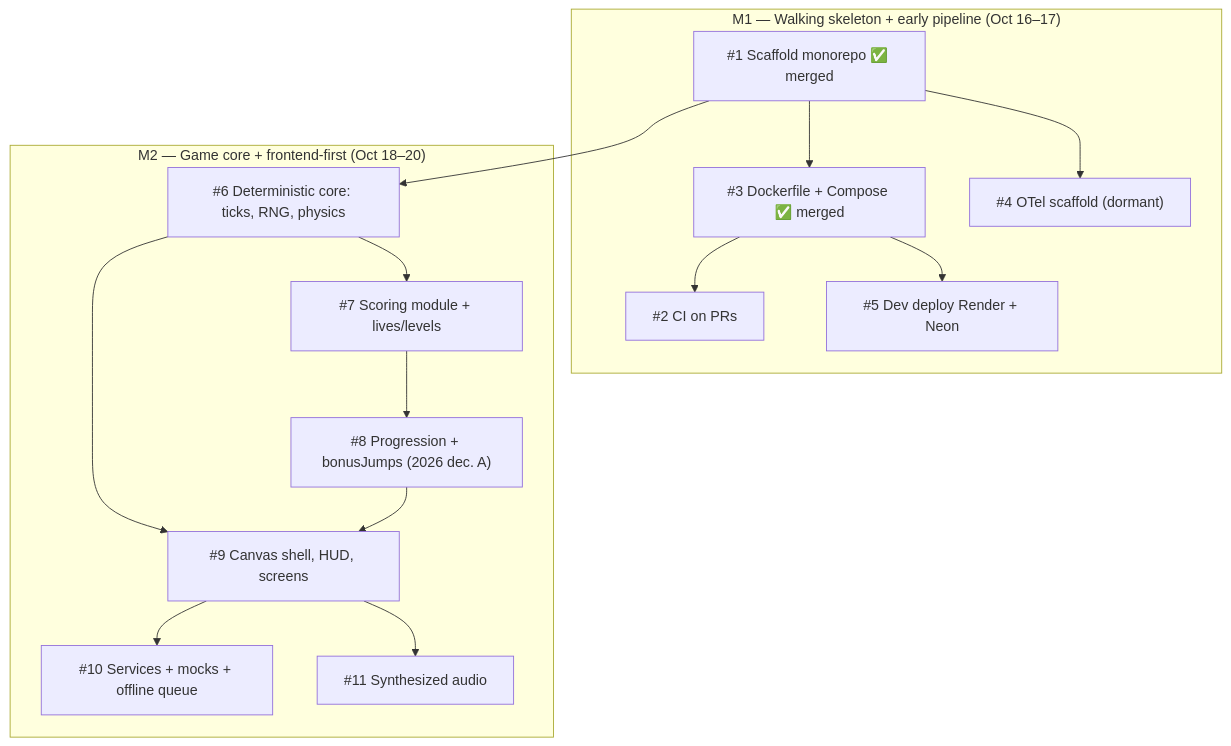
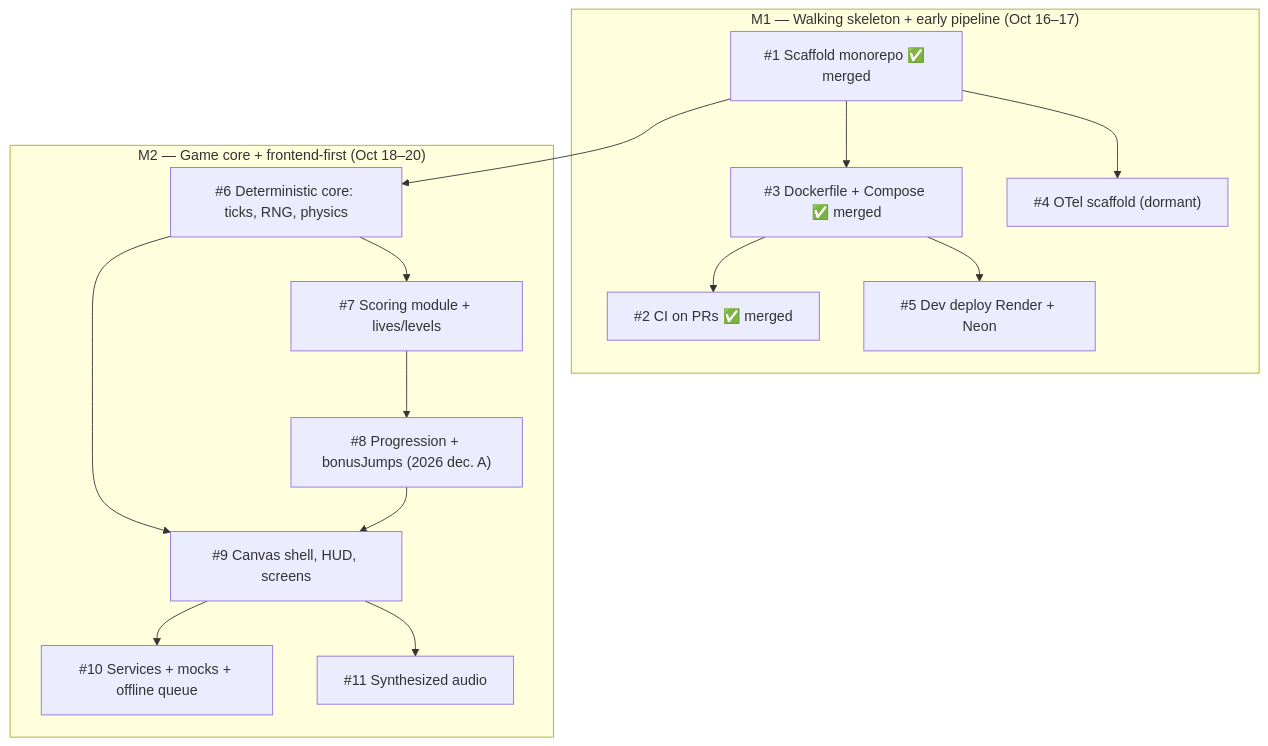
One commit to lucapug/clown-circus-reloaded changed the diagram in _docs/backlog.md. Above: the diagram before and after it, drawn with Mermaid. The commit also changed 1 other file, not shown here.

Commit message:
Close out cycle #4: PR #14 merged, #2 done in backlog map, diary update

````diff
--- a/_docs/backlog.md
+++ b/_docs/backlog.md
@@ -7,32 +7,32 @@
 ```mermaid
 graph TD
     subgraph M1["M1 — Walking skeleton + early pipeline (Oct 16–17)"]
         I1["#1 Scaffold monorepo ✅ merged"]
-    I2["#2 CI on PRs"]
+    I2["#2 CI on PRs ✅ merged"]
         I3["#3 Dockerfile + Compose ✅ merged"]
     I4["#4 OTel scaffold (dormant)"]
     I5["#5 Dev deploy Render + Neon"]
     end
 
     subgraph M2["M2 — Game core + frontend-first (Oct 18–20)"]
         I6["#6 Deterministic core: ticks, RNG, physics"]
         I7["#7 Scoring module + lives/levels"]
         I8["#8 Progression + bonusJumps (2026 dec. A)"]
         I9["#9 Canvas shell, HUD, screens"]
         I10["#10 Services + mocks + offline queue"]
         I11["#11 Synthesized audio"]
     end
 
     I1 --> I3
     I1 --> I4
     I3 --> I2
     I3 --> I5
 
     I1 --> I6
     I6 --> I7
     I7 --> I8
     I6 --> I9
     I8 --> I9
     I9 --> I10
     I9 --> I11
 ```
````
